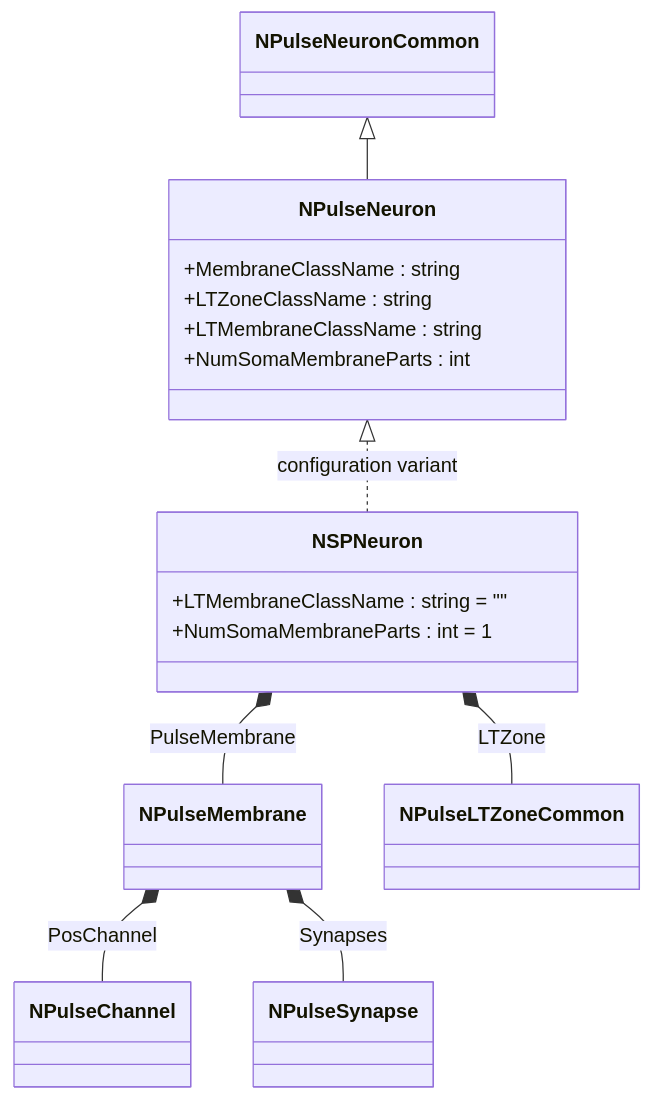
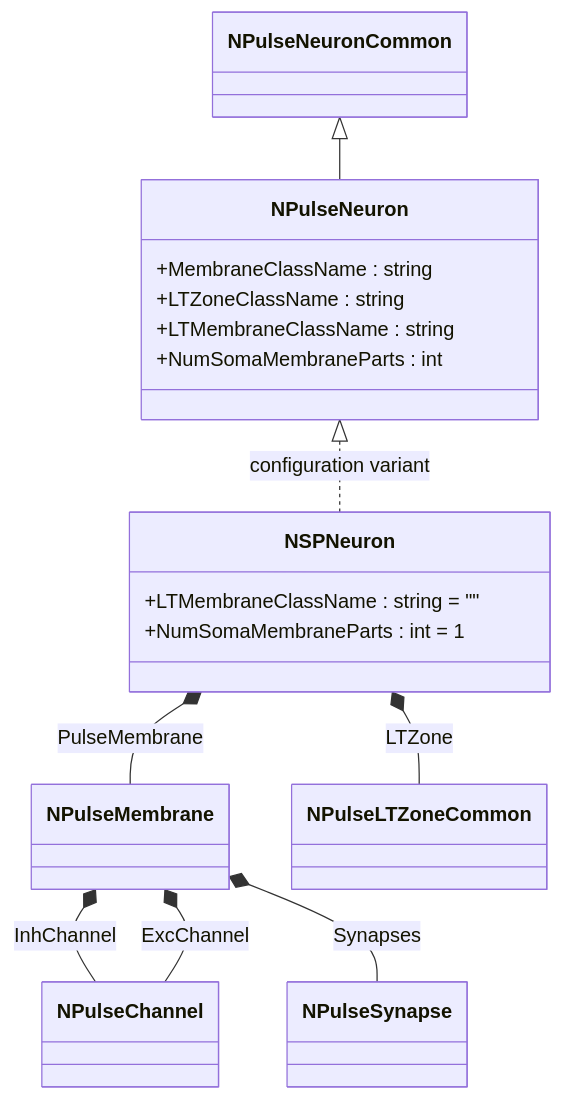
One commit to aicommunity/Nmsdk-PulseLib changed the first of 10 diagrams in Docs/Components/NSPNeuron.md. Above: the diagram before and after it, drawn with Mermaid. The commit also changed 14 other files, not shown here.

Commit message:
Refactoring the naming of neuron components. PLTZone -> LTZone, Pos/Neg channels -> Inh/Exc channels, etc.

````diff
--- a/Docs/Components/NSPNeuron.md
+++ b/Docs/Components/NSPNeuron.md
@@ -21,19 +21,20 @@
 ```mermaid
 classDiagram
     NPulseNeuronCommon <|-- NPulseNeuron
     NPulseNeuron <|.. NSPNeuron : configuration variant
     NSPNeuron *-- NPulseMembrane : PulseMembrane
     NSPNeuron *-- NPulseLTZoneCommon : LTZone
-    NPulseMembrane *-- NPulseChannel : PosChannel
+    NPulseMembrane *-- NPulseChannel : InhChannel
+    NPulseMembrane *-- NPulseChannel : ExcChannel
     NPulseMembrane *-- NPulseSynapse : Synapses
     class NPulseNeuron {
         +MembraneClassName : string
         +LTZoneClassName : string
         +LTMembraneClassName : string
         +NumSomaMembraneParts : int
     }
     class NSPNeuron {
         +LTMembraneClassName : string = ""
         +NumSomaMembraneParts : int = 1
     }
 ```
````
